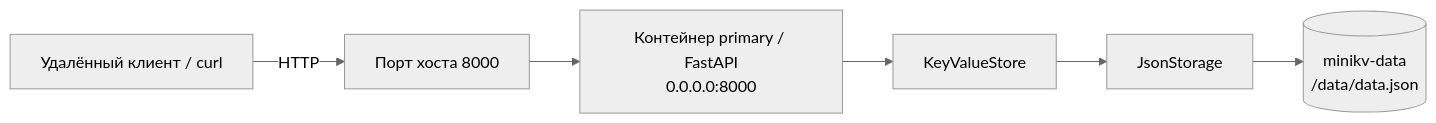
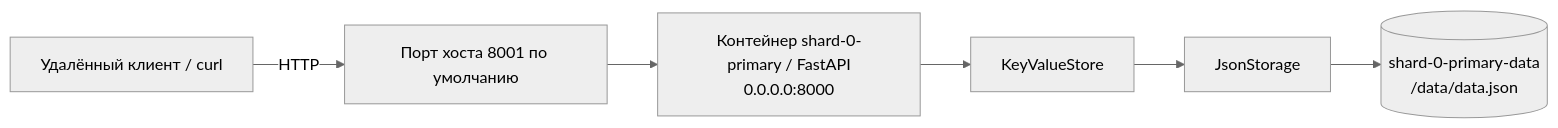
One commit to EgorChernov5/ITMO_SECS_BDI_2026 changed the diagram in docs/diagrams/lab3_deployment.md. Above: the diagram before and after it, drawn with Mermaid (neutral theme). The commit also changed other lines of this file and 17 other files, not shown here.

Commit message:
Add primary shard switching in case of failure and update lab5

````diff
--- a/docs/diagrams/lab3_deployment.md
+++ b/docs/diagrams/lab3_deployment.md
@@ -3,15 +3,15 @@
 ```mermaid
 flowchart LR
     Client[Удалённый клиент / curl]
-    Port[Порт хоста 8000]
-    API[Контейнер primary / FastAPI<br/>0.0.0.0:8000]
+    Port[Порт хоста 8001 по умолчанию]
+    API[Контейнер shard-0-primary / FastAPI<br/>0.0.0.0:8000]
     Store[KeyValueStore]
     Engine[JsonStorage]
-    Volume[(minikv-data<br/>/data/data.json)]
+    Volume[(shard-0-primary-data<br/>/data/data.json)]
 
     Client -->|HTTP| Port
     Port --> API
     API --> Store
     Store --> Engine
     Engine --> Volume
 ```
````
